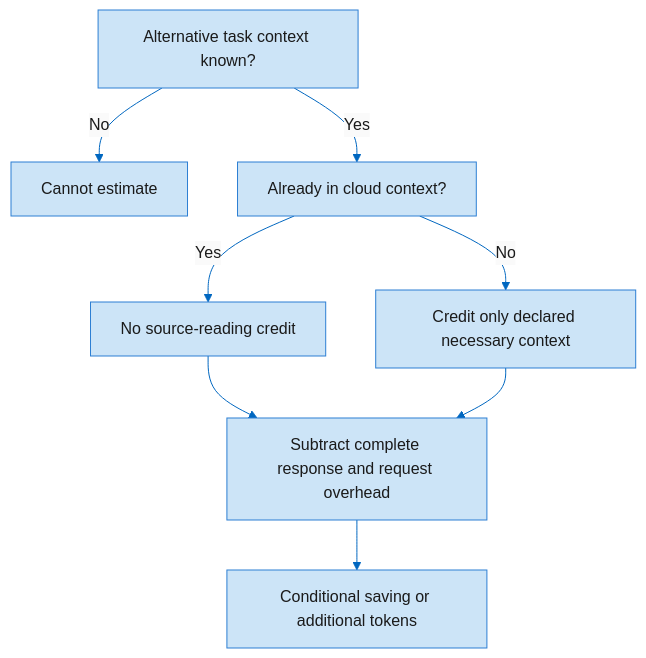
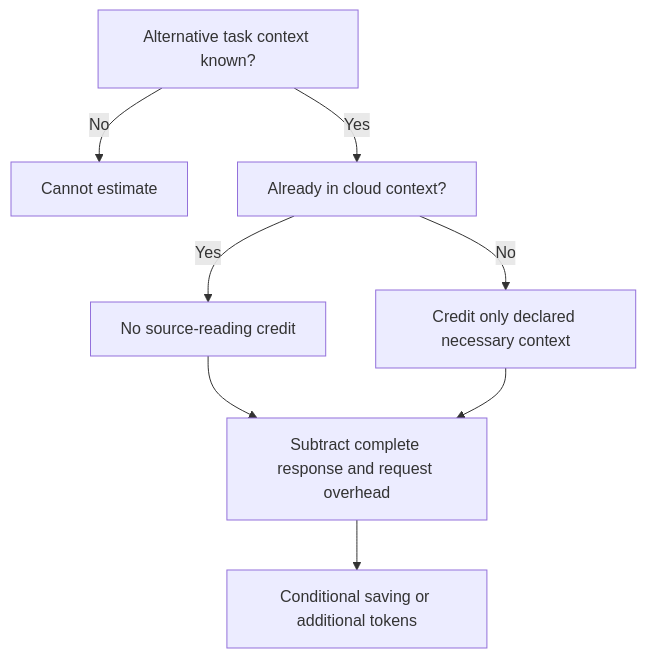
The diagram in docs/wiki/Token-estimates.md (MrAliev/local-ai-toolkit), drawn with Mermaid before and after one commit. The commit also changed other lines of this file and 26 other files, not shown here.

````diff
--- a/docs/wiki/Token-estimates.md
+++ b/docs/wiki/Token-estimates.md
@@ -9,21 +11,10 @@
 ```mermaid
----
-config:
-  theme: base
-  themeVariables:
-    primaryColor: "#CCE4F7"
-    primaryTextColor: "#1A1A1A"
-    primaryBorderColor: "#2D7FD3"
-    lineColor: "#0067C0"
-    secondaryColor: "#FAFAFA"
-    tertiaryColor: "#F3F3F3"
----
 flowchart TD
   task["Alternative task context known?"] -->|No| unknown["Cannot estimate"]
   task -->|Yes| seen["Already in cloud context?"]
   seen -->|Yes| zero["No source-reading credit"]
   seen -->|No| credit["Credit only declared necessary context"]
   zero --> cost["Subtract complete response and request overhead"]
   credit --> cost
   cost --> result["Conditional saving or additional tokens"]
 ```
````
